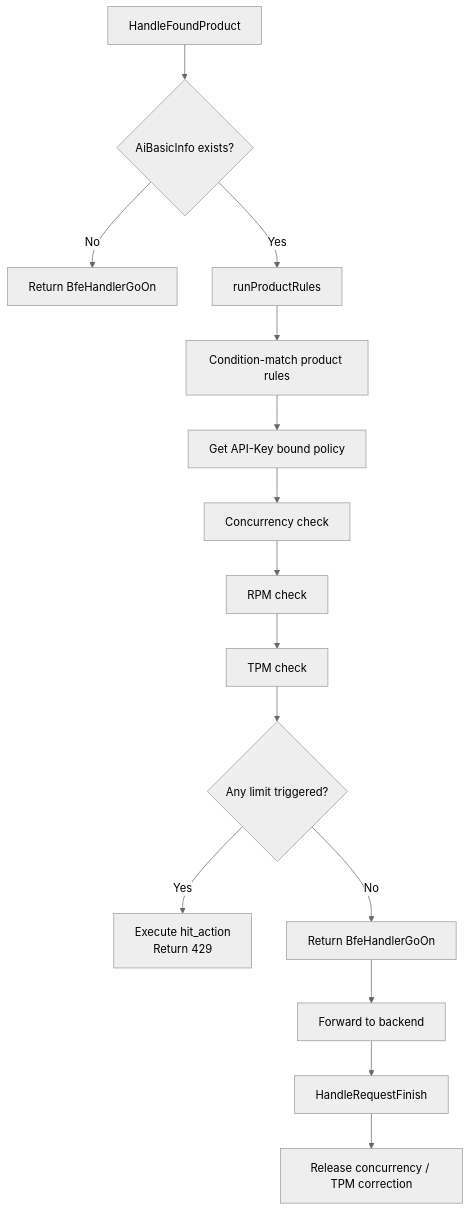
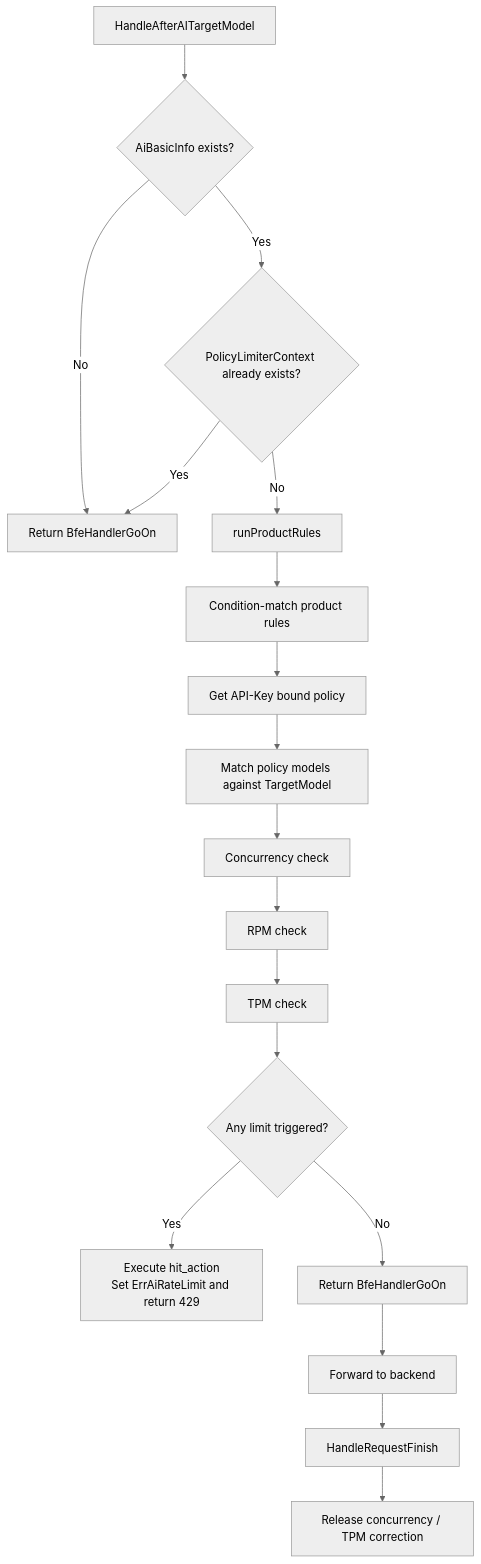
One commit to mileszhang2016/rainway-book changed the first of 2 diagrams in en_us/implementation/chapter33-mod-ai-rate-limit.md. Above: the diagram before and after it, drawn with Mermaid (neutral theme). The commit also changed other lines of this file and 55 other files, not shown here.

Commit message:
docs: 全书内容对齐壬远AI网关 v0.7.0（API/Web v0.0.10、BFE v1.8.8、EPP v0.0.2、conf-agent v0.0.7、log-reader v1.4.0、observability v0.0.1）（中英双语）

````diff
--- a/en_us/implementation/chapter33-mod-ai-rate-limit.md
+++ b/en_us/implementation/chapter33-mod-ai-rate-limit.md
@@ -30,17 +32,20 @@
 ```mermaid
 flowchart TD
-    A[HandleFoundProduct] --> B{AiBasicInfo exists?}
+    A[HandleAfterAITargetModel] --> B{AiBasicInfo exists?}
     B -->|No| C[Return BfeHandlerGoOn]
-    B -->|Yes| D[runProductRules]
-    D --> E[Condition-match product rules]
-    E --> F[Get API-Key bound policy]
-    F --> G[Concurrency check]
-    G --> H[RPM check]
-    H --> I[TPM check]
-    I --> J{Any limit triggered?}
-    J -->|Yes| K[Execute hit_action<br/>Return 429]
-    J -->|No| L[Return BfeHandlerGoOn]
-    L --> M[Forward to backend]
-    M --> N[HandleRequestFinish]
-    N --> O[Release concurrency / TPM correction]
+    B -->|Yes| D{PolicyLimiterContext already exists?}
+    D -->|Yes| C
+    D -->|No| E[runProductRules]
+    E --> F[Condition-match product rules]
+    F --> G[Get API-Key bound policy]
+    G --> H[Match policy models against TargetModel]
+    H --> I[Concurrency check]
+    I --> J[RPM check]
+    J --> K[TPM check]
+    K --> L{Any limit triggered?}
+    L -->|Yes| M[Execute hit_action<br/>Set ErrAiRateLimit and return 429]
+    L -->|No| N[Return BfeHandlerGoOn]
+    N --> O[Forward to backend]
+    O --> P[HandleRequestFinish]
+    P --> Q[Release concurrency / TPM correction]
 ```
````
